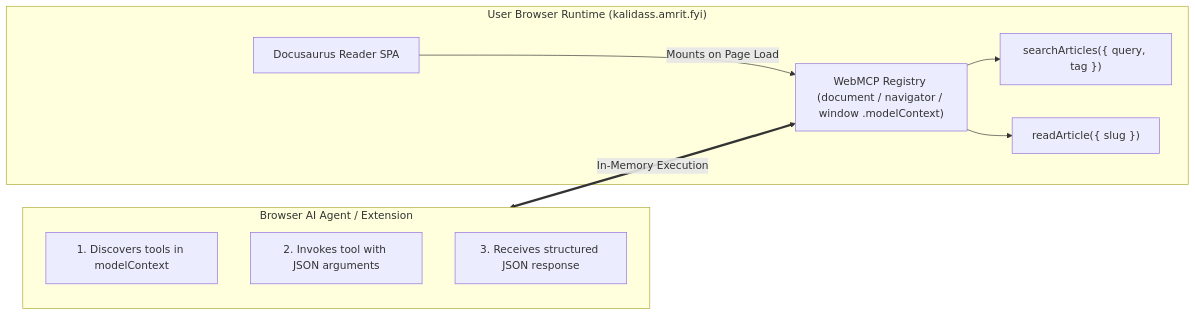
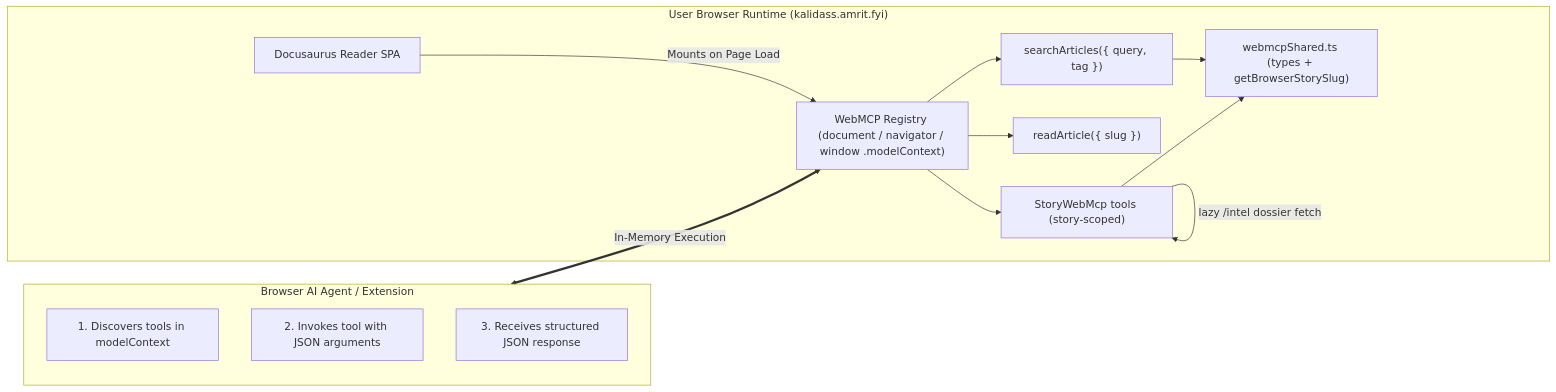
The diagram in docs/webmcp.mdx (AmritSDutta/kalidass), drawn with Mermaid before and after one commit. The commit also changed other lines of this file and 3 other files, not shown here.

````diff
--- a/docs/webmcp.mdx
+++ b/docs/webmcp.mdx
@@ -16,18 +16,24 @@
 ```mermaid
 flowchart LR
     subgraph Browser["User Browser Runtime (kalidass.amrit.fyi)"]
         Docusaurus["Docusaurus Reader SPA"]
         Registry["WebMCP Registry (document / navigator / window .modelContext)"]
         SearchTool["searchArticles({ query, tag })"]
         ReadTool["readArticle({ slug })"]
+        StoryTools["StoryWebMcp tools (story-scoped)"]
+        Shared["webmcpShared.ts (types + getBrowserStorySlug)"]
         Docusaurus -->|Mounts on Page Load| Registry
         Registry --> SearchTool
         Registry --> ReadTool
+        Registry --> StoryTools
+        StoryTools -->|"lazy /intel dossier fetch"| StoryTools
+        SearchTool --> Shared
+        StoryTools --> Shared
     end
     subgraph Agent["Browser AI Agent / Extension"]
         Discover["1. Discovers tools in modelContext"]
         Call["2. Invokes tool with JSON arguments"]
         Result["3. Receives structured JSON response"]
     end
     Agent <==>|In-Memory Execution| Registry
 ```
````
